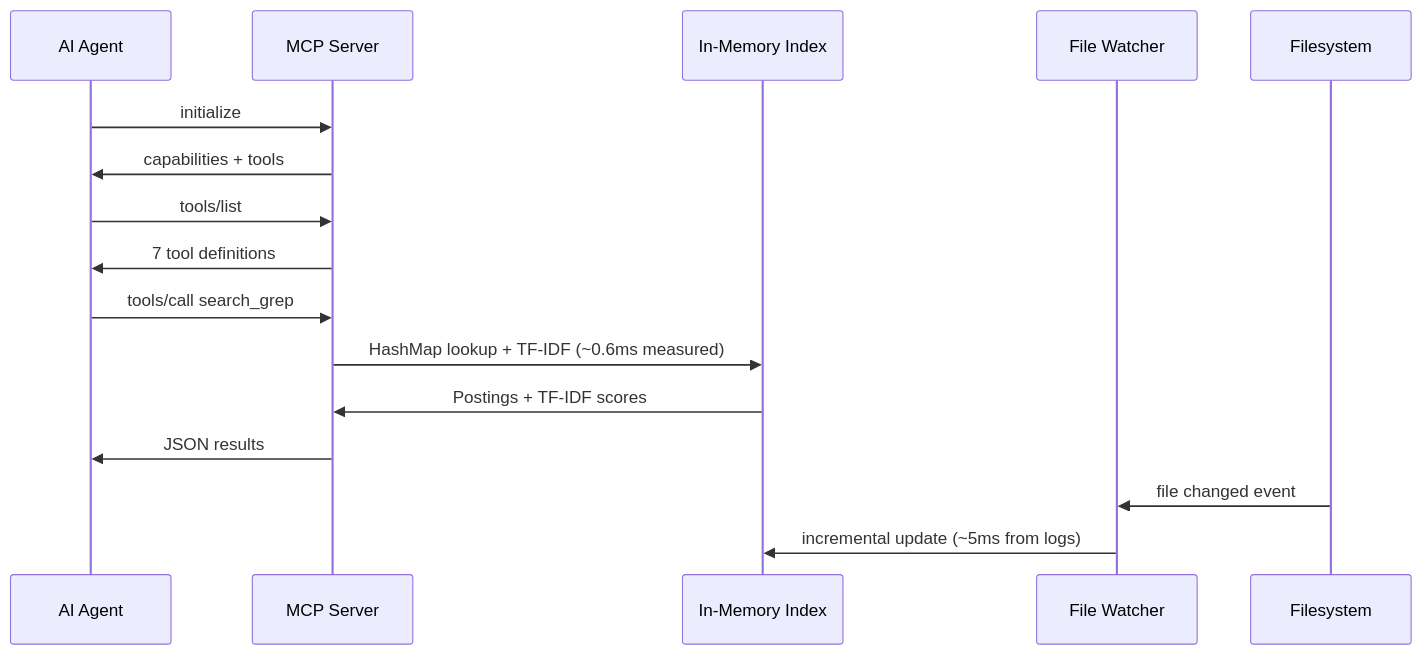
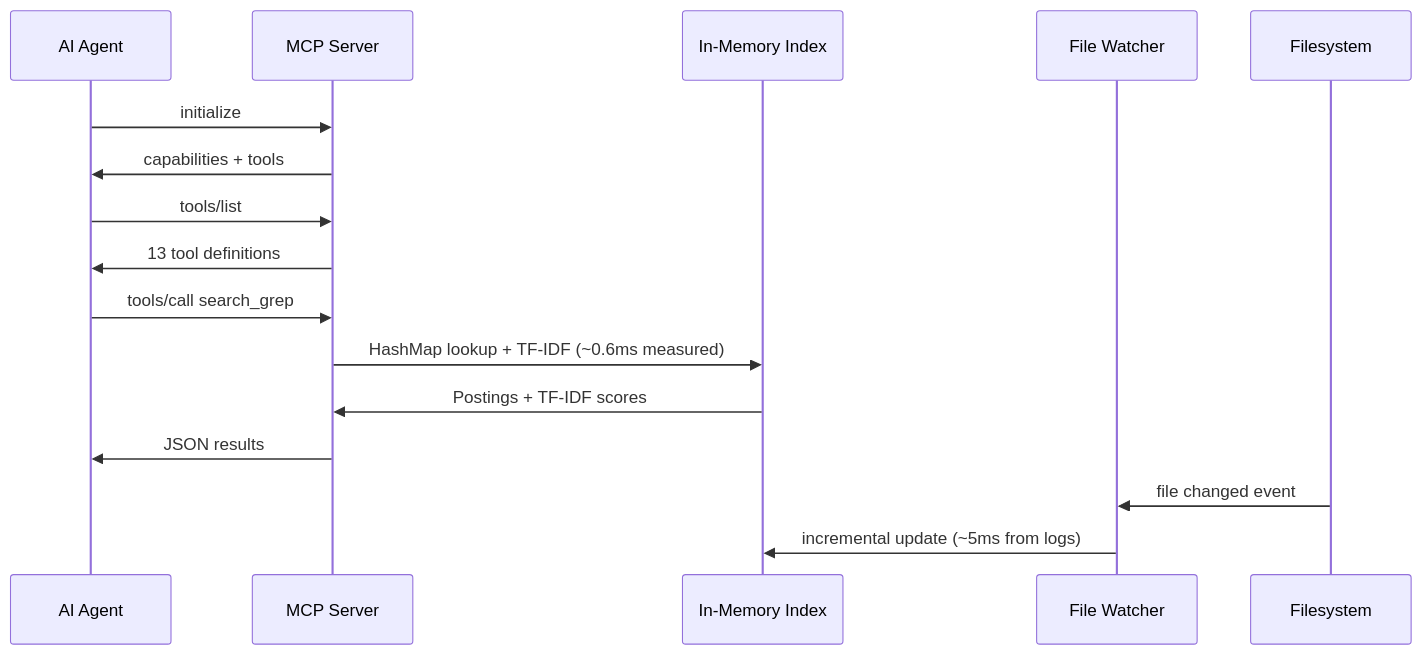
Before and after one commit to pustynsky/search-index: the fourth of 9 diagrams in docs/architecture.md, drawn with Mermaid. The commit also changed other lines of this file and 2 other files, not shown here.

````diff
--- a/docs/architecture.md
+++ b/docs/architecture.md
@@ -271,21 +271,21 @@
 ```mermaid
 sequenceDiagram
     participant Agent as AI Agent
     participant Server as MCP Server
     participant Index as In-Memory Index
     participant Watcher as File Watcher
     participant FS as Filesystem
 
     Agent->>Server: initialize
     Server->>Agent: capabilities + tools
     Agent->>Server: tools/list
-    Server->>Agent: 7 tool definitions
+    Server->>Agent: 13 tool definitions
 
     Agent->>Server: tools/call search_grep
     Server->>Index: HashMap lookup + TF-IDF (~0.6ms measured)
     Index->>Server: Postings + TF-IDF scores
     Server->>Agent: JSON results
 
     FS->>Watcher: file changed event
     Watcher->>Index: incremental update (~5ms from logs)
 ```
````
